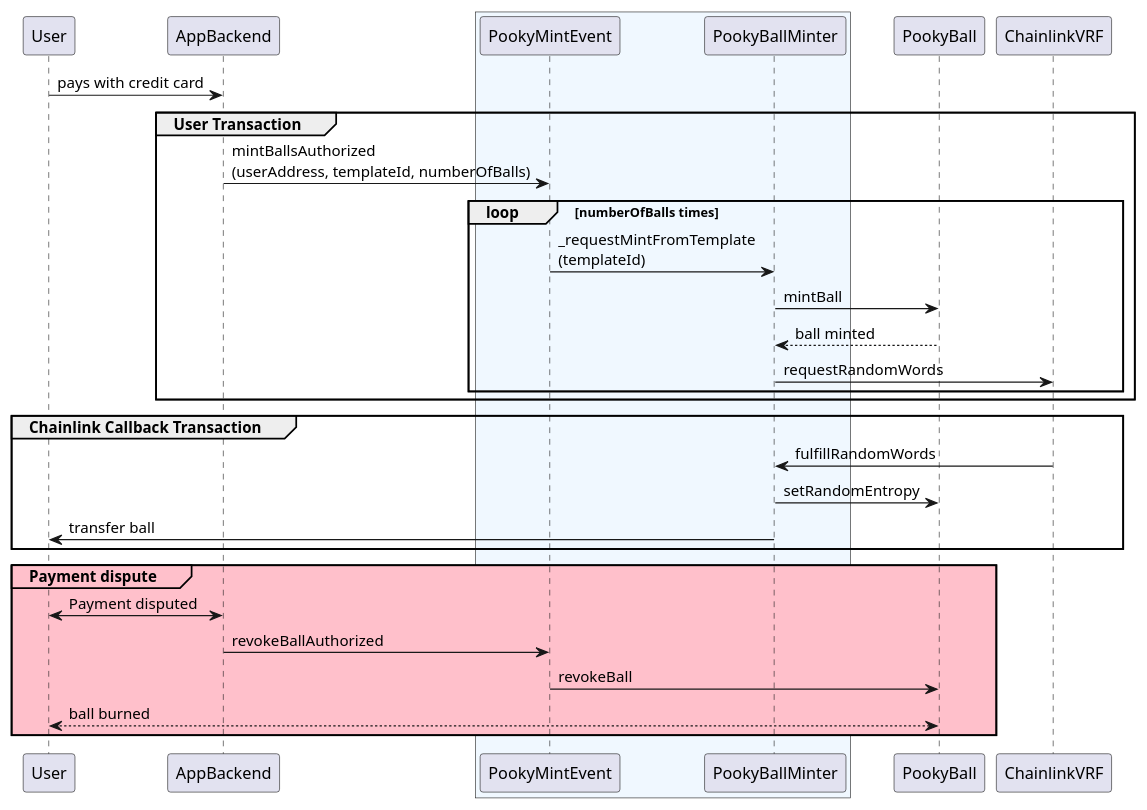
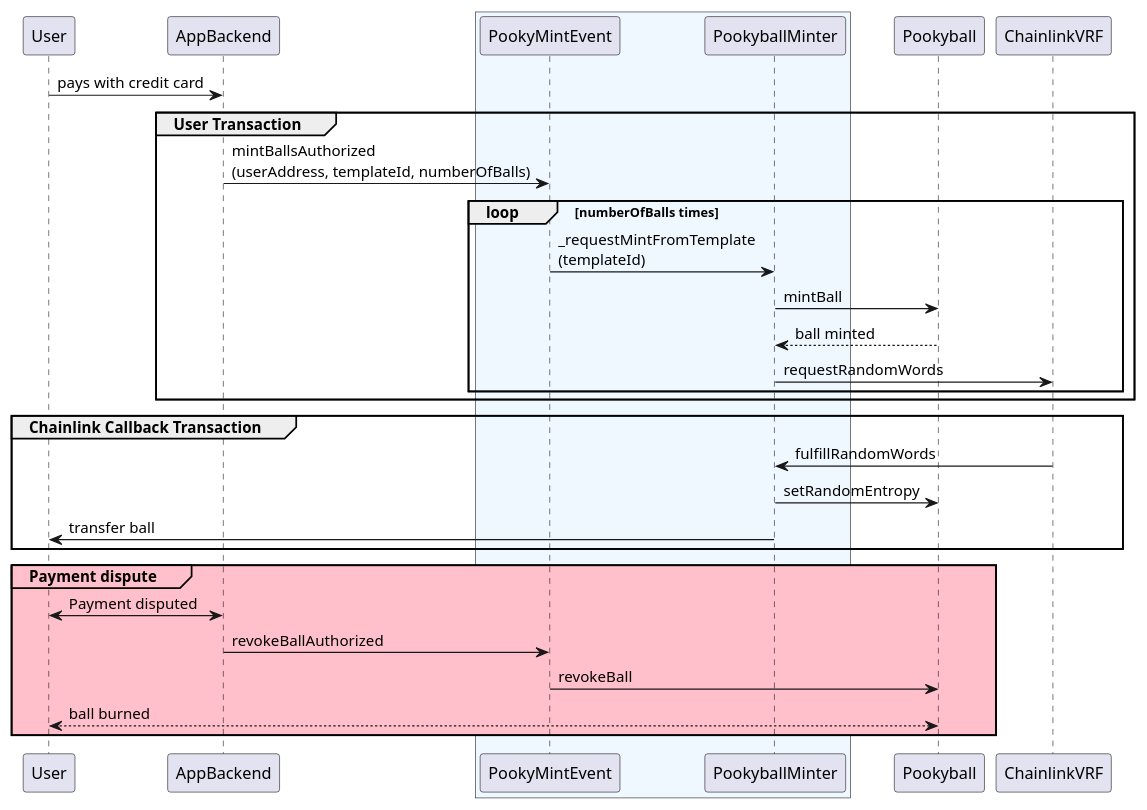
The diagram in diagrams/PookyMintEvent/userBuysWithCreditcard.puml (pooky-labs/smart-contracts), drawn with PlantUML before and after one commit. The commit also changed 34 other files, not shown here.

First line of the commit message:
chore: rename `PookyBall` and `Pooky Ball` occurrences to `Pookyball`.

```diff
--- a/diagrams/PookyMintEvent/userBuysWithCreditcard.puml
+++ b/diagrams/PookyMintEvent/userBuysWithCreditcard.puml
@@ -1,36 +1,36 @@
 @startuml
 participant User
 participant AppBackend
 box #F0F8FF
 participant PookyMintEvent
-participant PookyBallMinter
+participant PookyballMinter
 end box
-participant PookyBall
+participant Pookyball
 participant ChainlinkVRF
 
 User -> AppBackend : pays with credit card
 
 group User Transaction
   AppBackend -> PookyMintEvent : mintBallsAuthorized\n(userAddress, templateId, numberOfBalls)
   group loop [numberOfBalls times]
-    PookyMintEvent -> PookyBallMinter : _requestMintFromTemplate\n(templateId)
-    PookyBallMinter -> PookyBall : mintBall
-    PookyBall --> PookyBallMinter : ball minted
-    PookyBallMinter -> ChainlinkVRF : requestRandomWords
+    PookyMintEvent -> PookyballMinter : _requestMintFromTemplate\n(templateId)
+    PookyballMinter -> Pookyball : mintBall
+    Pookyball --> PookyballMinter : ball minted
+    PookyballMinter -> ChainlinkVRF : requestRandomWords
   end
 end
 
 group Chainlink Callback Transaction
-  ChainlinkVRF -> PookyBallMinter : fulfillRandomWords
-  PookyBallMinter -> PookyBall : setRandomEntropy
-  PookyBallMinter -> User : transfer ball
+  ChainlinkVRF -> PookyballMinter : fulfillRandomWords
+  PookyballMinter -> Pookyball : setRandomEntropy
+  PookyballMinter -> User : transfer ball
 end
 
 group#Pink #Pink Payment dispute
     User <-> AppBackend: Payment disputed
     AppBackend -> PookyMintEvent: revokeBallAuthorized
-    PookyMintEvent -> PookyBall: revokeBall
-    PookyBall <--> User: ball burned
+    PookyMintEvent -> Pookyball: revokeBall
+    Pookyball <--> User: ball burned
 end
 
 @enduml
```
